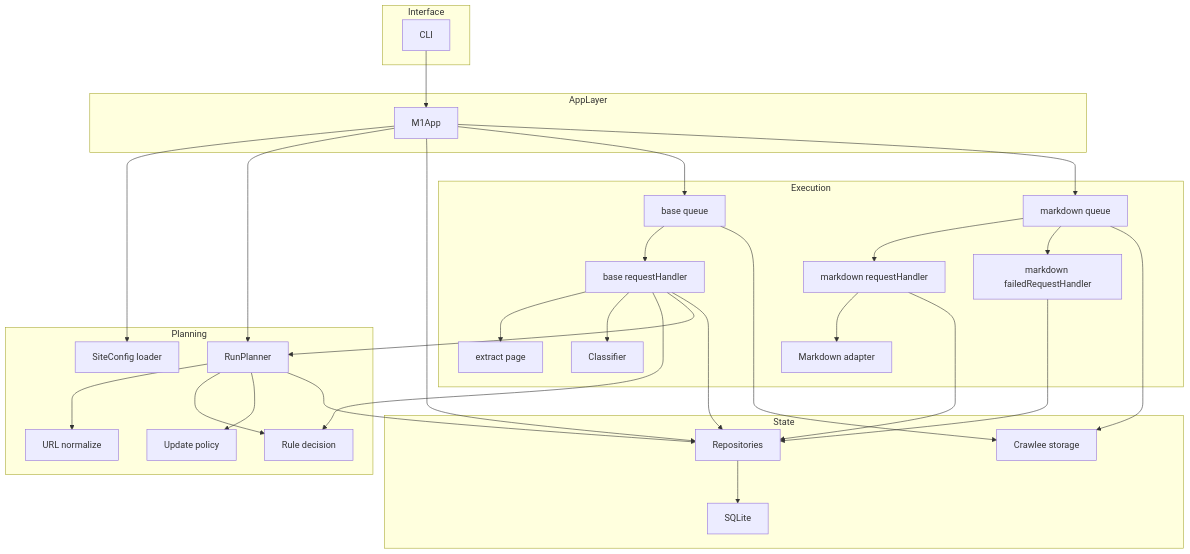
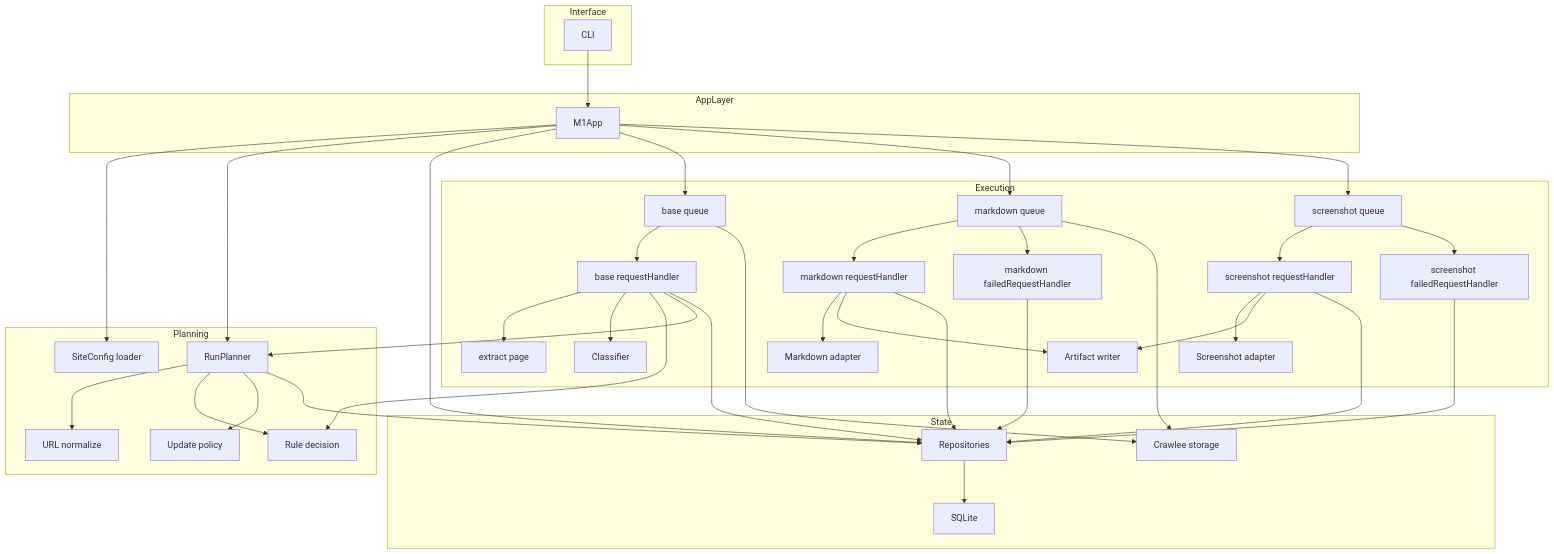
Before and after one commit to tianzhipeng-git/kvault-web-capture: the second of 7 diagrams in docs/m1-implements.md, drawn with Mermaid. The commit also changed other lines of this file and 20 other files, not shown here.

````diff
--- a/docs/m1-implements.md
+++ b/docs/m1-implements.md
@@ -97,60 +98,73 @@
 ```mermaid
 flowchart TD
     subgraph Interface
       CLI["CLI"]
     end
 
     subgraph AppLayer
       APP["M1App"]
     end
 
     subgraph Planning
       CFG["SiteConfig loader"]
       RP["RunPlanner"]
       UP["Update policy"]
       RULES["Rule decision"]
       URL["URL normalize"]
     end
 
     subgraph Execution
       BQ["base queue"]
       MQ["markdown queue"]
+      SQ["screenshot queue"]
       BH["base requestHandler"]
       MH["markdown requestHandler"]
       MF["markdown failedRequestHandler"]
+      SH["screenshot requestHandler"]
+      SF["screenshot failedRequestHandler"]
       EXT["extract page"]
       CLS["Classifier"]
       MDA["Markdown adapter"]
+      SDA["Screenshot adapter"]
+      AW["Artifact writer"]
     end
 
     subgraph State
       REPOS["Repositories"]
       SQLITE["SQLite"]
       CRAWLEE["Crawlee storage"]
     end
 
     CLI --> APP
     APP --> CFG
     APP --> RP
     APP --> REPOS
     APP --> BQ
     APP --> MQ
+    APP --> SQ
     RP --> URL
     RP --> RULES
     RP --> UP
     RP --> REPOS
     BQ --> BH
     MQ --> MH
     MQ --> MF
+    SQ --> SH
+    SQ --> SF
     BH --> EXT
     BH --> CLS
     BH --> RULES
     BH --> RP
     BH --> REPOS
     MH --> MDA
+    MH --> AW
     MH --> REPOS
     MF --> REPOS
+    SH --> SDA
+    SH --> AW
+    SH --> REPOS
+    SF --> REPOS
     REPOS --> SQLITE
     BQ --> CRAWLEE
     MQ --> CRAWLEE
 ```
````
